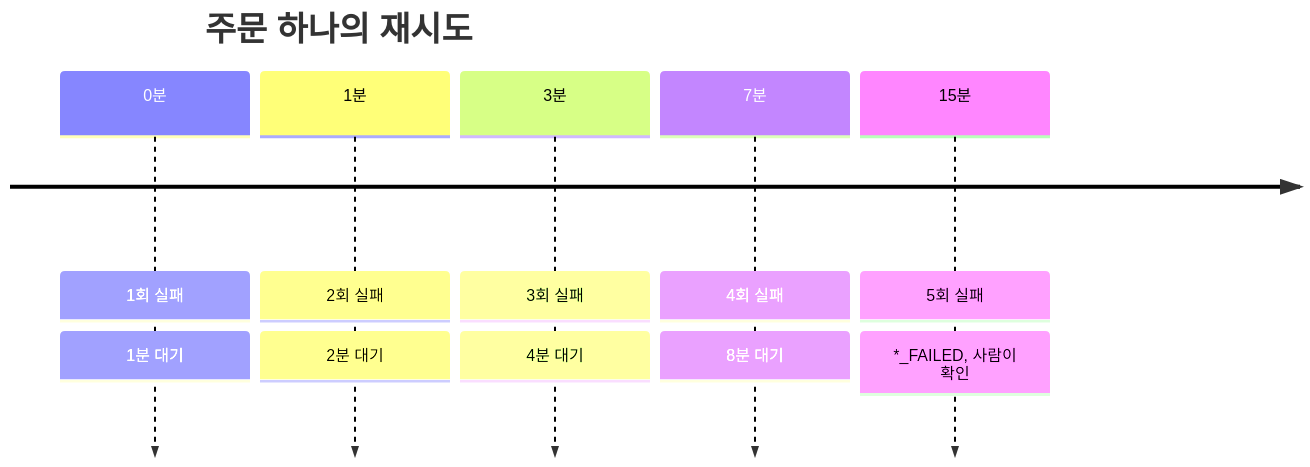
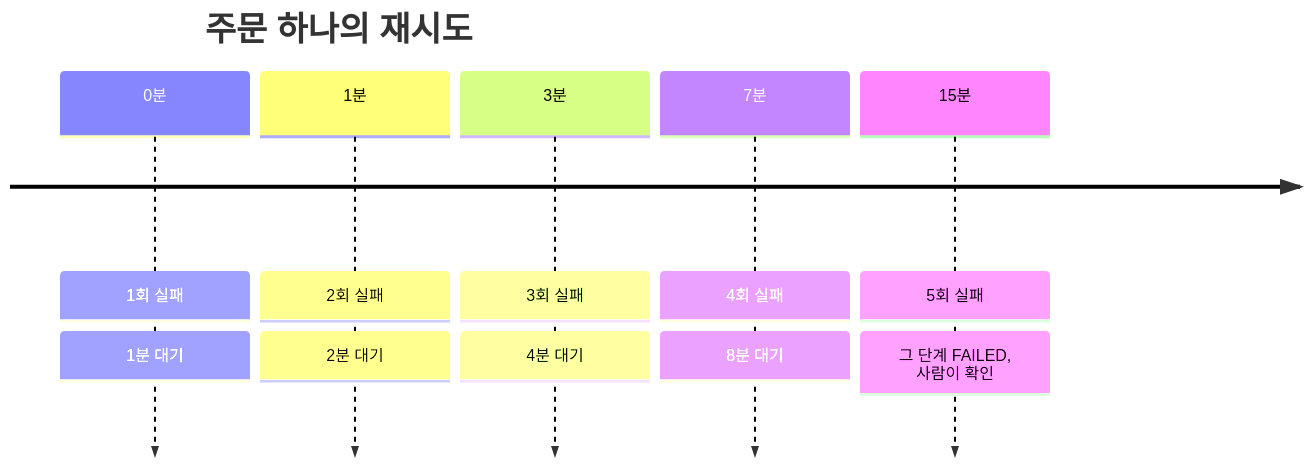
One commit to milkkwong2/inspien-assignment changed diagram 19 of 21 in docs/design.md. Above: the diagram before and after it, drawn with Mermaid. The commit also changed other lines of this file and 2 other files, not shown here.

````diff
--- a/docs/design.md
+++ b/docs/design.md
@@ -917,9 +1006,9 @@
 ```mermaid
 timeline
     title 주문 하나의 재시도
     0분 : 1회 실패 : 1분 대기
     1분 : 2회 실패 : 2분 대기
     3분 : 3회 실패 : 4분 대기
     7분 : 4회 실패 : 8분 대기
-    15분 : 5회 실패 : *_FAILED, 사람이 확인
+    15분 : 5회 실패 : 그 단계 FAILED, 사람이 확인
 ```
````
